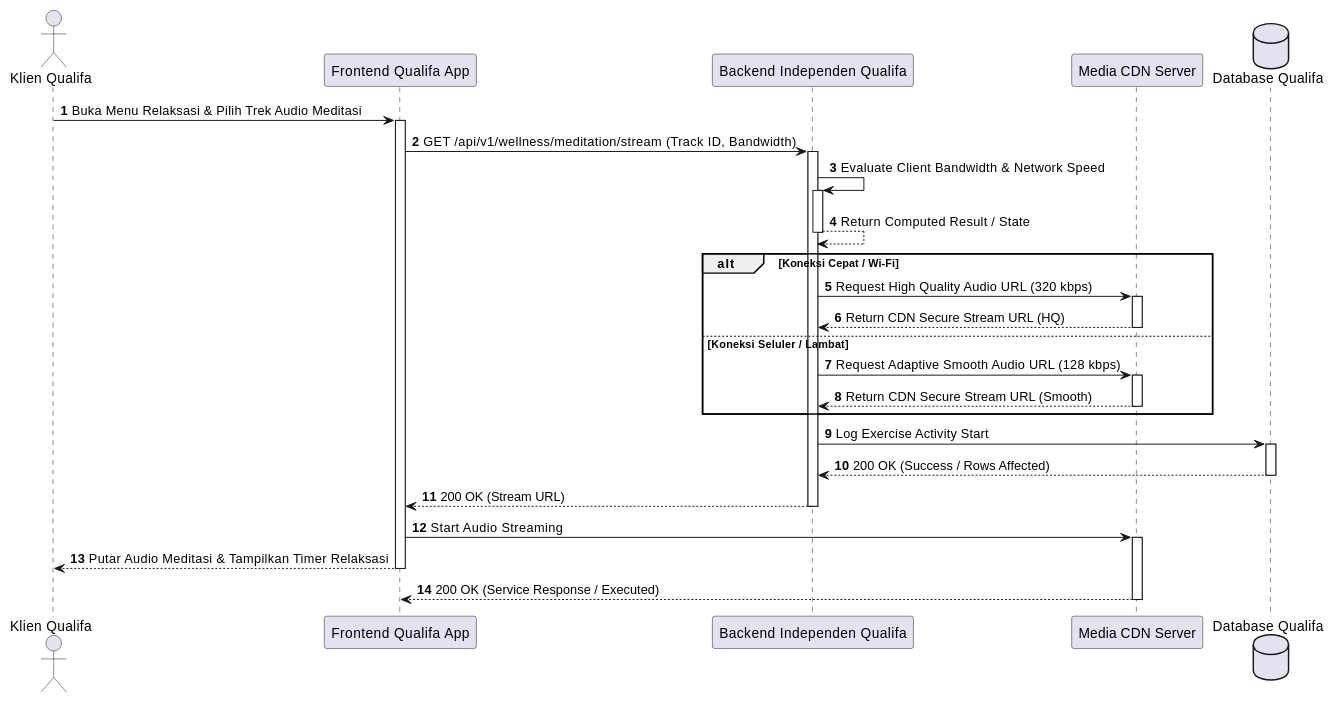
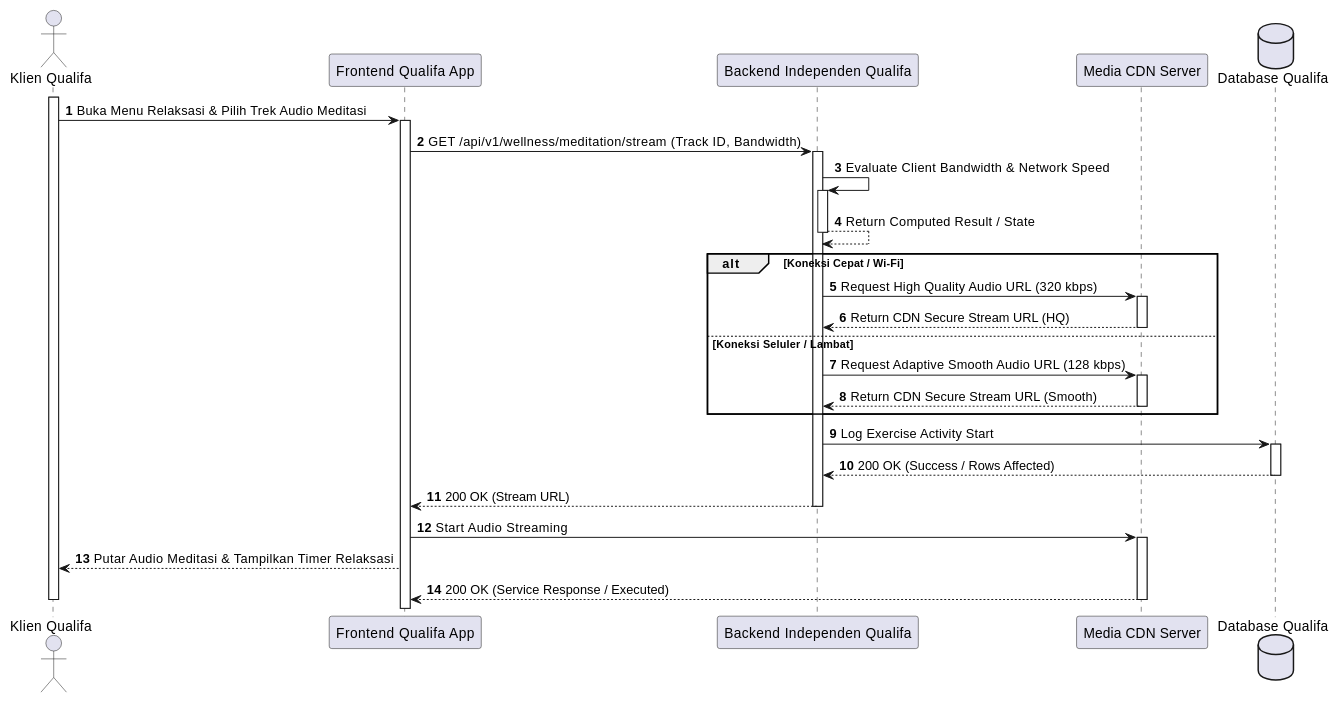
One commit to tupperwureism/SuperApp-Gagal changed diagram 21 of 27 in MarkDown/plantuml_sequence_diagrams.md. Above: the diagram before and after it, drawn with PlantUML. The commit also changed other lines of this file and 2 other files, not shown here.

Commit message:
fix(uml): remove shorthand deactivations from actor return arrows and prevent double deactivations across SD Justifiqa and Qualifa

````diff
--- a/MarkDown/plantuml_sequence_diagrams.md
+++ b/MarkDown/plantuml_sequence_diagrams.md
@@ -1038,30 +1028,32 @@
 ```plantuml
 @startuml
 autonumber
 actor "Klien Qualifa" as Klien
 participant "Frontend Qualifa App" as FE
 participant "Backend Independen Qualifa" as BE
 participant "Media CDN Server" as CDN
 database "Database Qualifa" as DB
 
+activate Klien
 Klien -> FE ++ : Buka Menu Relaksasi & Pilih Trek Audio Meditasi
 FE -> BE ++ : GET /api/v1/wellness/meditation/stream (Track ID, Bandwidth)
 BE -> BE ++ : Evaluate Client Bandwidth & Network Speed
 BE --> BE -- : Return Computed Result / State
 
 alt Koneksi Cepat / Wi-Fi
     BE -> CDN ++ : Request High Quality Audio URL (320 kbps)
     CDN --> BE -- : Return CDN Secure Stream URL (HQ)
 else Koneksi Seluler / Lambat
     BE -> CDN ++ : Request Adaptive Smooth Audio URL (128 kbps)
     CDN --> BE -- : Return CDN Secure Stream URL (Smooth)
 end
 
 BE -> DB ++ : Log Exercise Activity Start
 DB --> BE -- : 200 OK (Success / Rows Affected)
 BE --> FE -- : 200 OK (Stream URL)
 FE -> CDN ++ : Start Audio Streaming
-FE --> Klien -- : Putar Audio Meditasi & Tampilkan Timer Relaksasi
+FE --> Klien : Putar Audio Meditasi & Tampilkan Timer Relaksasi
 CDN --> FE -- : 200 OK (Service Response / Executed)
+deactivate Klien
 @enduml
 ```
````
